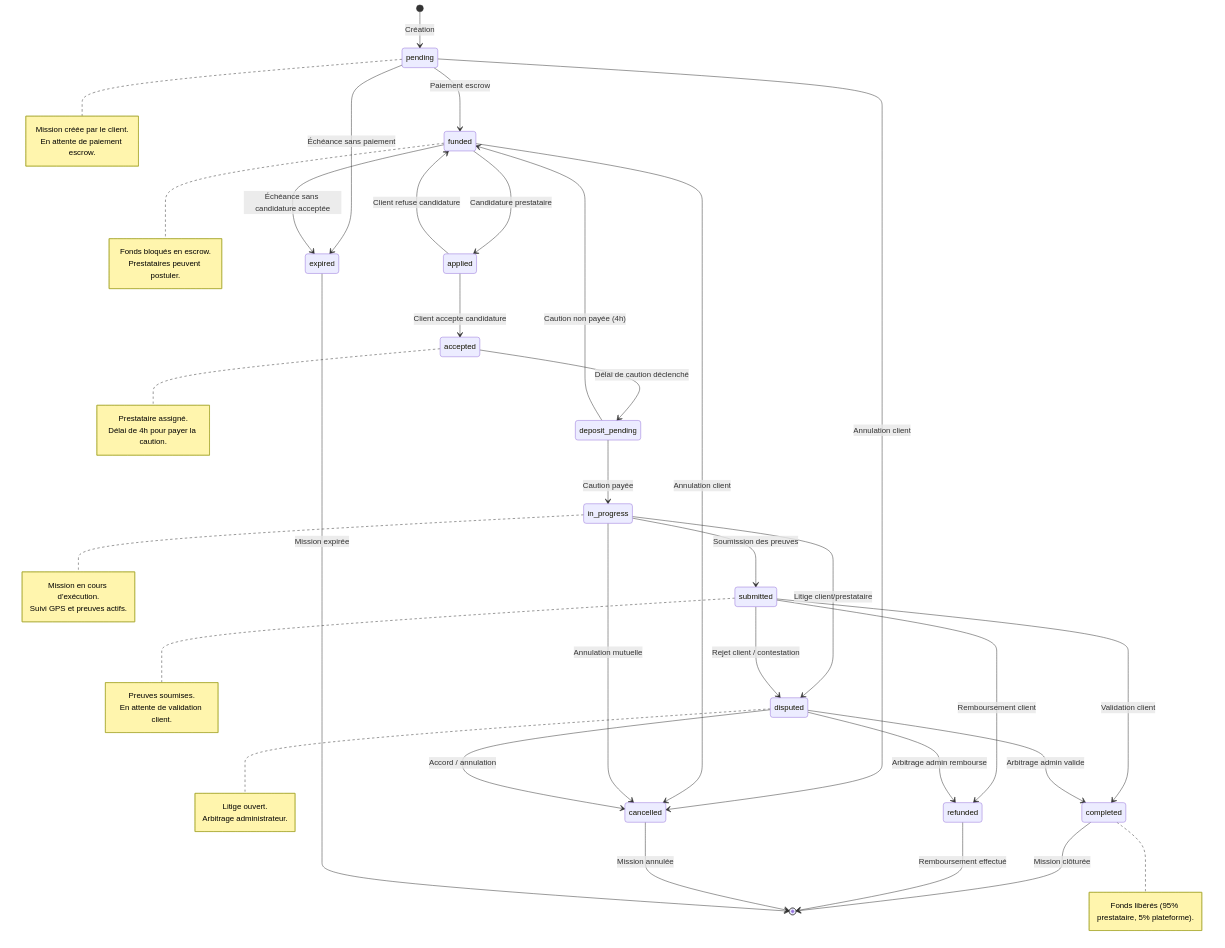
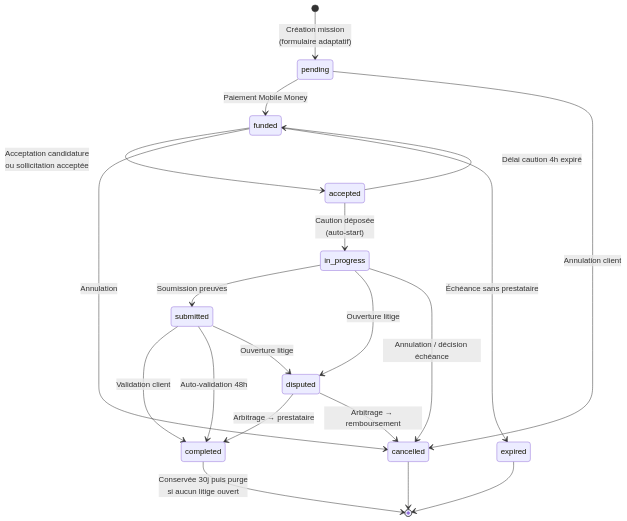
Before and after one commit to assourita/BloctaskMali: the diagram in rapport memoire/diagramme_etats_mission.md, drawn with Mermaid. The commit also changed other lines of this file and 16 other files, not shown here.

First line of the commit message:
docs: refresh UML/C4/sequence diagrams; fix provider mission status types

````diff
--- a/rapport memoire/diagramme_etats_mission.md
+++ b/rapport memoire/diagramme_etats_mission.md
@@ -3,71 +5,29 @@
 ```mermaid
 stateDiagram-v2
-    [*] --> pending : Création
+    [*] --> pending : Création mission<br/>(formulaire adaptatif)
 
-    pending --> funded : Paiement escrow
+    pending --> funded : Paiement Mobile Money
     pending --> cancelled : Annulation client
-    pending --> expired : Échéance sans paiement
 
-    funded --> applied : Candidature prestataire
-    funded --> cancelled : Annulation client
-    funded --> expired : Échéance sans candidature acceptée
+    funded --> accepted : Acceptation candidature<br/>ou sollicitation acceptée
+    funded --> cancelled : Annulation
+    funded --> expired : Échéance sans prestataire
 
-    applied --> accepted : Client accepte candidature
-    applied --> funded : Client refuse candidature
+    accepted --> in_progress : Caution déposée<br/>(auto-start)
+    accepted --> funded : Délai caution 4h expiré
 
-    accepted --> deposit_pending : Délai de caution déclenché
-
-    deposit_pending --> in_progress : Caution payée
-    deposit_pending --> funded : Caution non payée (4h)
-
-    in_progress --> submitted : Soumission des preuves
-    in_progress --> disputed : Litige client/prestataire
-    in_progress --> cancelled : Annulation mutuelle
+    in_progress --> submitted : Soumission preuves
+    in_progress --> disputed : Ouverture litige
+    in_progress --> cancelled : Annulation / décision échéance
 
     submitted --> completed : Validation client
-    submitted --> disputed : Rejet client / contestation
-    submitted --> refunded : Remboursement client
+    submitted --> completed : Auto-validation 48h
+    submitted --> disputed : Ouverture litige
 
-    disputed --> completed : Arbitrage admin valide
-    disputed --> refunded : Arbitrage admin rembourse
-    disputed --> cancelled : Accord / annulation
+    disputed --> completed : Arbitrage → prestataire
+    disputed --> cancelled : Arbitrage → remboursement
 
-    completed --> [*] : Mission clôturée
-    refunded --> [*] : Remboursement effectué
-    cancelled --> [*] : Mission annulée
-    expired --> [*] : Mission expirée
-
-    note right of pending
-        Mission créée par le client.
-        En attente de paiement escrow.
-    end note
-
-    note right of funded
-        Fonds bloqués en escrow.
-        Prestataires peuvent postuler.
-    end note
-
-    note right of accepted
-        Prestataire assigné.
-        Délai de 4h pour payer la caution.
-    end note
-
-    note right of in_progress
-        Mission en cours d'exécution.
-        Suivi GPS et preuves actifs.
-    end note
-
-    note right of submitted
-        Preuves soumises.
-        En attente de validation client.
-    end note
-
-    note right of disputed
-        Litige ouvert.
-        Arbitrage administrateur.
-    end note
-
-    note right of completed
-        Fonds libérés (95% prestataire, 5% plateforme).
-    end note
+    completed --> [*] : Conservée 30j puis purge<br/>si aucun litige ouvert
+    cancelled --> [*]
+    expired --> [*]
 ```
````
